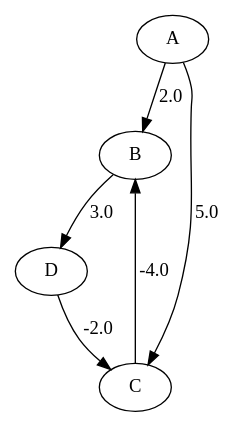
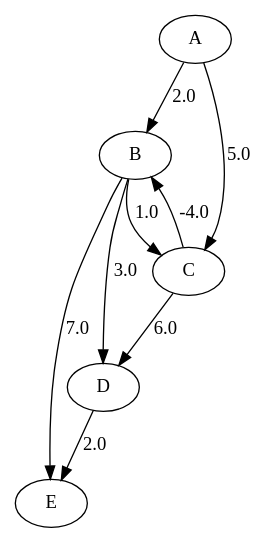
Before and after one commit to LeonardoCCR/Seminario-Grafos: the diagram in DotArchives/Read/rotas_ciclo_negativo.dot, drawn with Graphviz. The commit also changed 1 other file, not shown here.

```diff
--- a/DotArchives/Read/rotas_ciclo_negativo.dot
+++ b/DotArchives/Read/rotas_ciclo_negativo.dot
@@ -1,14 +1,18 @@
 digraph G {
     graph [weighted="true"];
 
     "A" [value="Centro A"];
     "B" [value="Hub B"];
     "C" [value="Hub C"];
-    "D" [value="Destino D"];
+    "D" [value="Hub D"];
+    "E" [value="Destino E"];
 
     "A" -> "B" [label="2.0"];
     "A" -> "C" [label="5.0"];
     "C" -> "B" [label="-4.0"];
+    "B" -> "C" [label="1.0"];
     "B" -> "D" [label="3.0"];
-    "D" -> "C" [label="-2.0"];
+    "B" -> "E" [label="7.0"];
+    "C" -> "D" [label="6.0"];
+    "D" -> "E" [label="2.0"];
 }
```
